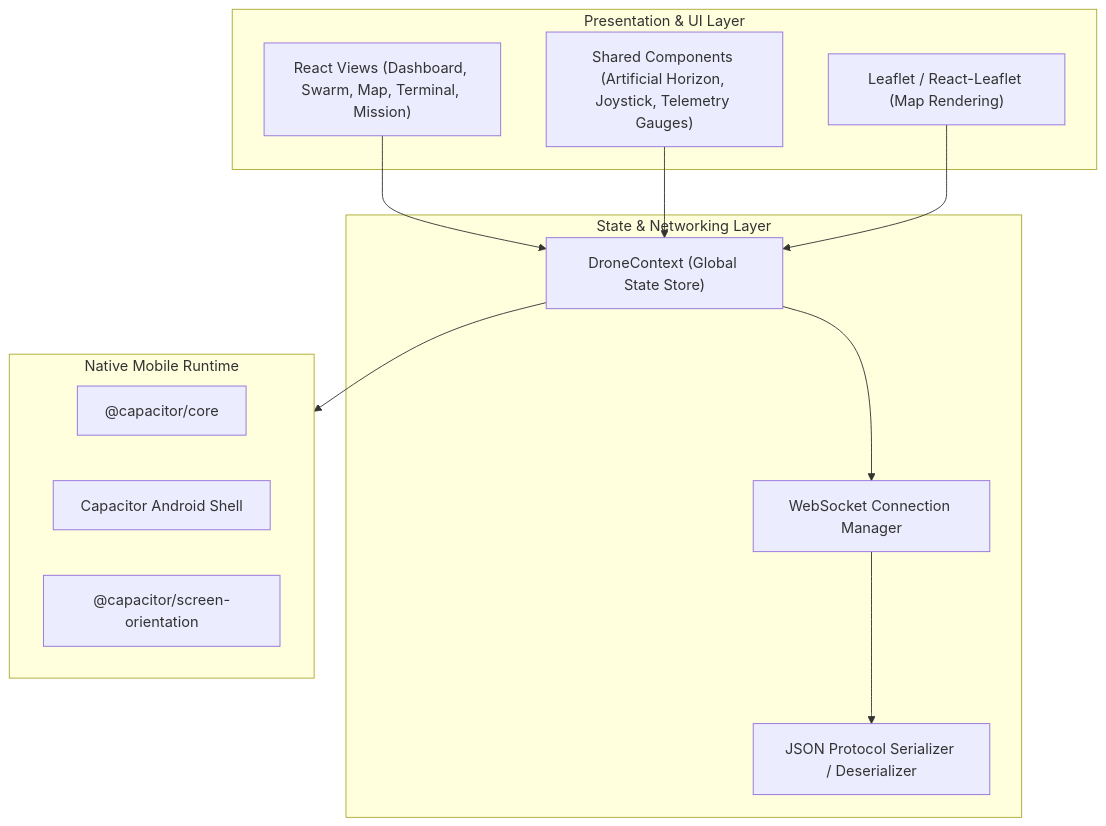
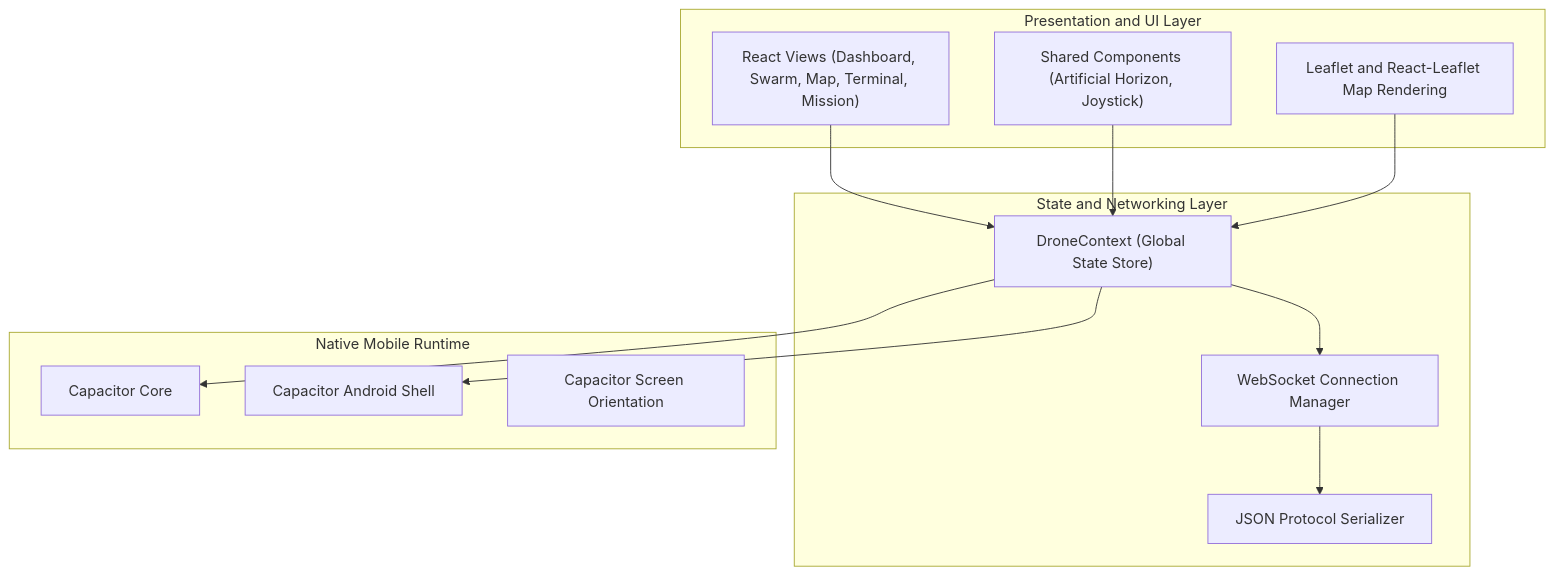
Before and after one commit to Debanshu2005/DroneSwarm: the diagram in doc/architecture/mobile-gcs-architecture.md, drawn with Mermaid. The commit also changed other lines of this file and 11 other files, not shown here.

Commit message:
docs: add comprehensive system architecture and user guides for phoneos swarm

````diff
--- a/doc/architecture/mobile-gcs-architecture.md
+++ b/doc/architecture/mobile-gcs-architecture.md
@@ -11,27 +11,28 @@
 ```mermaid
-graph TD
-    subgraph Presentation["Presentation & UI Layer"]
+flowchart TD
+    subgraph Presentation["Presentation and UI Layer"]
         Views["React Views (Dashboard, Swarm, Map, Terminal, Mission)"]
-        Components["Shared Components (Artificial Horizon, Joystick, Telemetry Gauges)"]
-        Leaflet["Leaflet / React-Leaflet (Map Rendering)"]
+        Components["Shared Components (Artificial Horizon, Joystick)"]
+        Leaflet["Leaflet and React-Leaflet Map Rendering"]
     end
 
-    subgraph State["State & Networking Layer"]
+    subgraph StateLayer["State and Networking Layer"]
         Context["DroneContext (Global State Store)"]
         WSManager["WebSocket Connection Manager"]
-        Protocol["JSON Protocol Serializer / Deserializer"]
+        Protocol["JSON Protocol Serializer"]
     end
 
-    subgraph Native["Native Mobile Runtime"]
-        CapCore["@capacitor/core"]
+    subgraph NativeLayer["Native Mobile Runtime"]
+        CapCore["Capacitor Core"]
         CapAndroid["Capacitor Android Shell"]
-        ScreenLock["@capacitor/screen-orientation"]
+        ScreenLock["Capacitor Screen Orientation"]
     end
 
     Views --> Context
     Components --> Context
     Leaflet --> Context
     Context --> WSManager
     WSManager --> Protocol
-    Context --> Native
+    Context --> CapCore
+    Context --> CapAndroid
 ```
````
